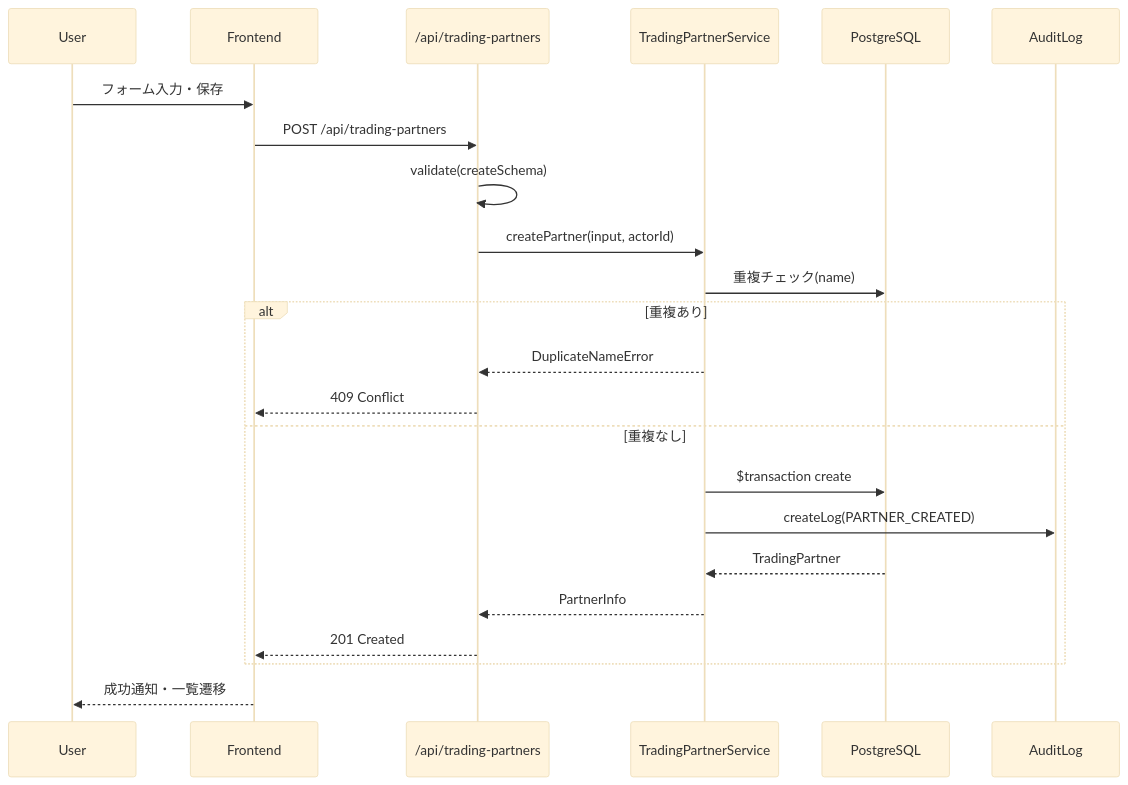
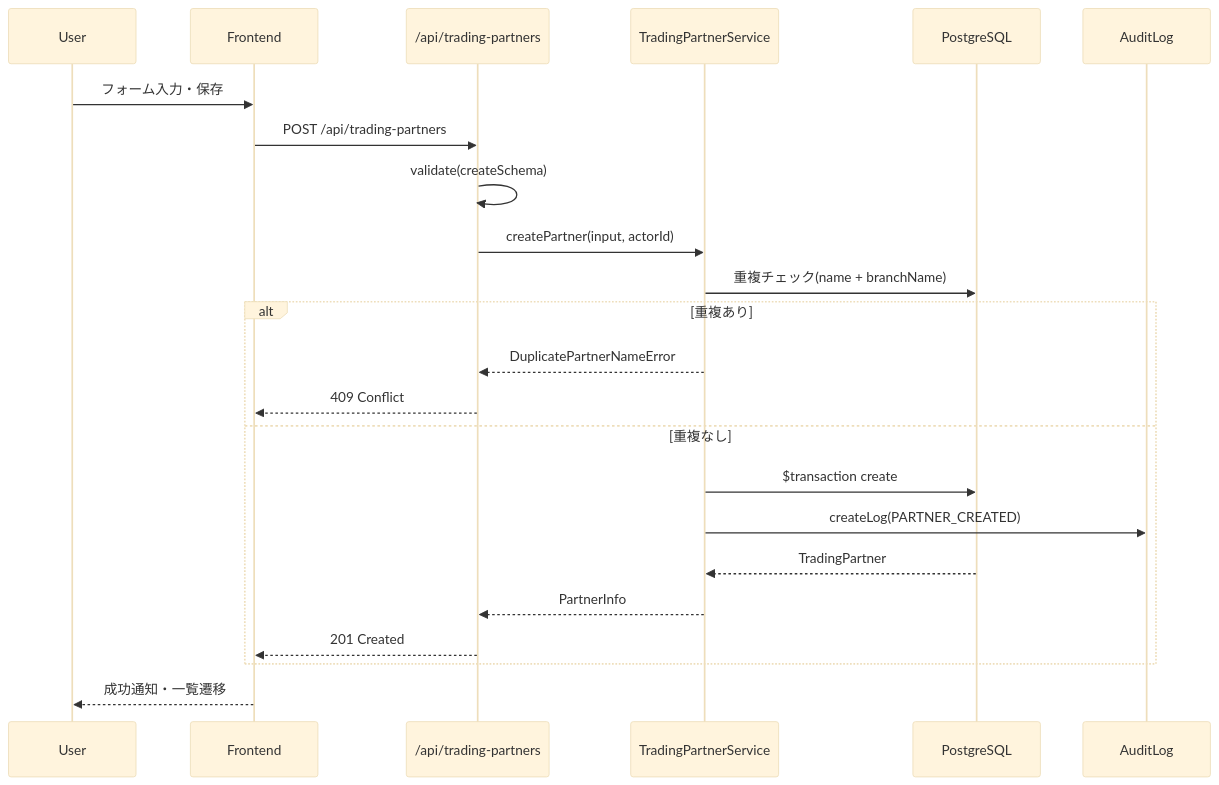
Before and after one commit to inakanou/ArchiTrack: the third of 6 diagrams in .kiro/specs/trading-partner-management/design.md, drawn with Mermaid (base theme). The commit also changed other lines of this file and 3 other files, not shown here.

First line of the commit message:
docs(spec): update uniqueness constraint to composite key (name + branchName)

````diff
--- a/.kiro/specs/trading-partner-management/design.md
+++ b/.kiro/specs/trading-partner-management/design.md
@@ -168,26 +169,26 @@
 ```mermaid
 sequenceDiagram
     participant User
     participant Frontend
     participant API as /api/trading-partners
     participant Service as TradingPartnerService
     participant DB as PostgreSQL
     participant AuditLog
 
     User->>Frontend: フォーム入力・保存
     Frontend->>API: POST /api/trading-partners
     API->>API: validate(createSchema)
     API->>Service: createPartner(input, actorId)
-    Service->>DB: 重複チェック(name)
+    Service->>DB: 重複チェック(name + branchName)
     alt 重複あり
-        Service-->>API: DuplicateNameError
+        Service-->>API: DuplicatePartnerNameError
         API-->>Frontend: 409 Conflict
     else 重複なし
         Service->>DB: $transaction create
         Service->>AuditLog: createLog(PARTNER_CREATED)
         DB-->>Service: TradingPartner
         Service-->>API: PartnerInfo
         API-->>Frontend: 201 Created
     end
     Frontend-->>User: 成功通知・一覧遷移
 ```
````
